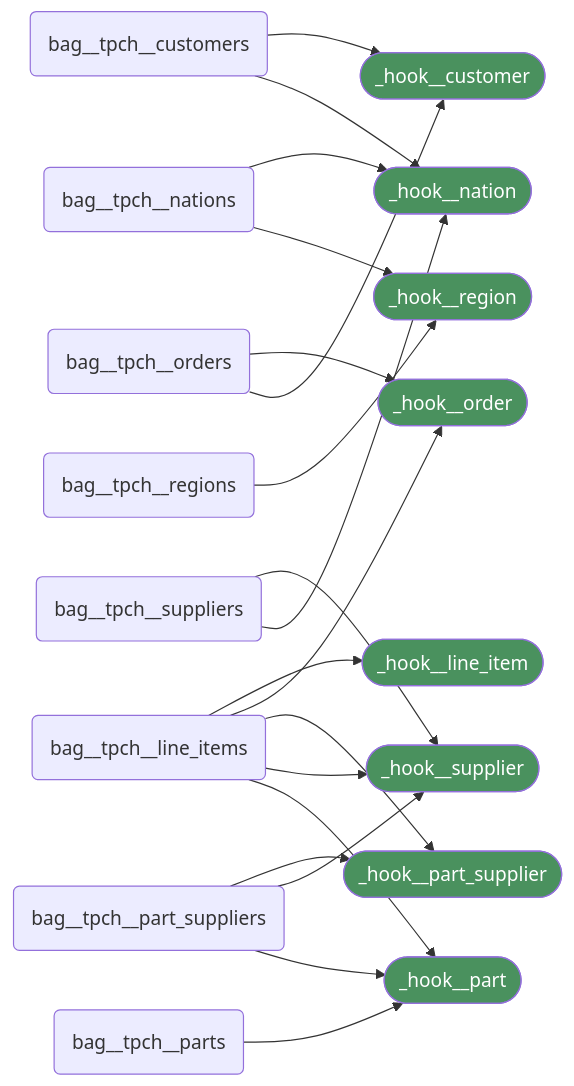
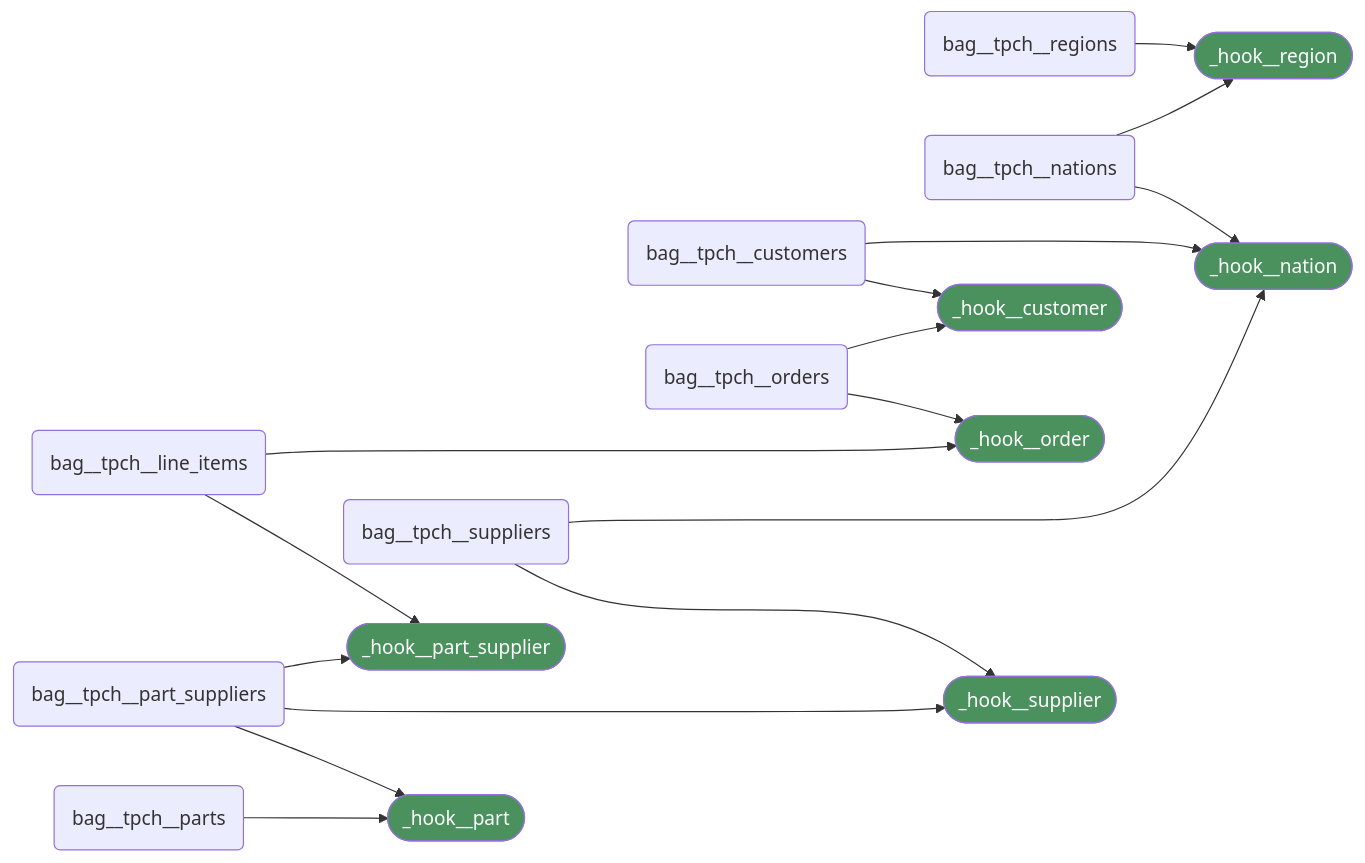
Before and after one commit to mattiasthalen/tpch: the third of 4 diagrams in README.md, drawn with Mermaid.

Commit message:
Refine HOOK ERD

````diff
--- a/README.md
+++ b/README.md
@@ -229,47 +229,21 @@
 ```mermaid
 flowchart LR
-    %% Bags
-    bag__tpch__customers("bag__tpch__customers")
-    bag__tpch__nations("bag__tpch__nations")
-    bag__tpch__line_items("bag__tpch__line_items")
-    bag__tpch__orders("bag__tpch__orders")
-    bag__tpch__part_suppliers("bag__tpch__part_suppliers")
-    bag__tpch__parts("bag__tpch__parts")
-    bag__tpch__regions("bag__tpch__regions")
-    bag__tpch__suppliers("bag__tpch__suppliers")
-
-    %% Hooks
-    _hook__order(["_hook__order"]):::hook
-    _hook__customer(["_hook__customer"]):::hook
-    _hook__part(["_hook__part"]):::hook
-    _hook__supplier(["_hook__supplier"]):::hook
-    _hook__region(["_hook__region"]):::hook
-    _hook__nation(["_hook__nation"]):::hook
-    _hook__line_item(["_hook__line_item"]):::hook
-    _hook__part_supplier(["_hook__part_supplier"]):::hook
-
     %% Relations
-    bag__tpch__line_items -->_hook__line_item
-    bag__tpch__line_items --> _hook__order
-    bag__tpch__orders --> _hook__order
-    bag__tpch__orders --> _hook__customer
-    bag__tpch__customers --> _hook__customer
-    bag__tpch__customers --> _hook__nation
-    bag__tpch__nations --> _hook__nation
-    bag__tpch__nations --> _hook__region
-    bag__tpch__regions --> _hook__region
-
-    bag__tpch__line_items -->_hook__part_supplier
-    bag__tpch__part_suppliers --> _hook__part_supplier
-    bag__tpch__part_suppliers --> _hook__supplier
-    bag__tpch__part_suppliers --> _hook__part
-
-    bag__tpch__suppliers --> _hook__supplier
-    bag__tpch__line_items --> _hook__supplier
-    bag__tpch__parts --> _hook__part
-    bag__tpch__line_items --> _hook__part
-
-    bag__tpch__suppliers --> _hook__nation
-
+    bag__tpch__regions("bag__tpch__regions") --> _hook__region(["_hook__region"]):::hook
+    bag__tpch__nations("bag__tpch__nations") --> _hook__region(["_hook__region"]):::hook
+    bag__tpch__nations("bag__tpch__nations") --> _hook__nation(["_hook__nation"]):::hook
+    bag__tpch__part_suppliers("bag__tpch__part_suppliers") --> _hook__part_supplier(["_hook__part_supplier"]):::hook
+    bag__tpch__line_items("bag__tpch__line_items") ----> _hook__order(["_hook__order"]):::hook
+    bag__tpch__line_items("bag__tpch__line_items") --> _hook__part_supplier(["_hook__part_supplier"]):::hook
+    bag__tpch__part_suppliers("bag__tpch__part_suppliers") ----> _hook__supplier(["_hook__supplier"]):::hook
+    bag__tpch__customers("bag__tpch__customers") ---> _hook__nation(["_hook__nation"]):::hook
+    bag__tpch__customers("bag__tpch__customers") --> _hook__customer(["_hook__customer"]):::hook
+    bag__tpch__orders("bag__tpch__orders") --> _hook__customer(["_hook__customer"]):::hook
+    bag__tpch__orders("bag__tpch__orders") --> _hook__order(["_hook__order"]):::hook
+    bag__tpch__suppliers("bag__tpch__suppliers") ----> _hook__nation(["_hook__nation"]):::hook
+    bag__tpch__suppliers("bag__tpch__suppliers") --> _hook__supplier(["_hook__supplier"]):::hook
+    bag__tpch__part_suppliers("bag__tpch__part_suppliers") --> _hook__part(["_hook__part"]):::hook
+    bag__tpch__parts("bag__tpch__parts") --> _hook__part(["_hook__part"]):::hook
+    
     classDef hook fill:#4A915E,color:white
 ```
````
